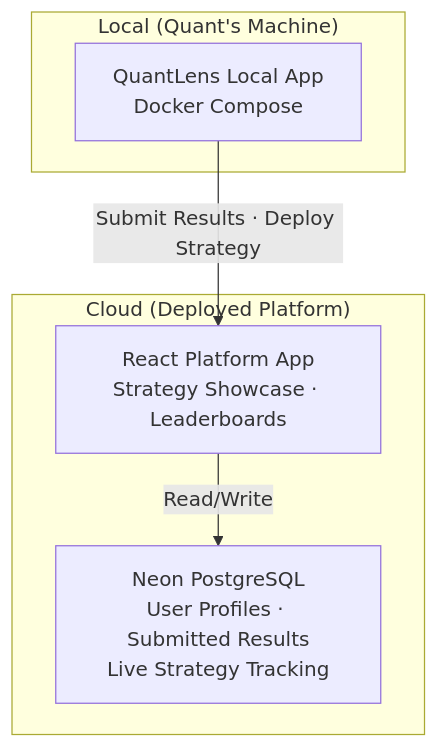
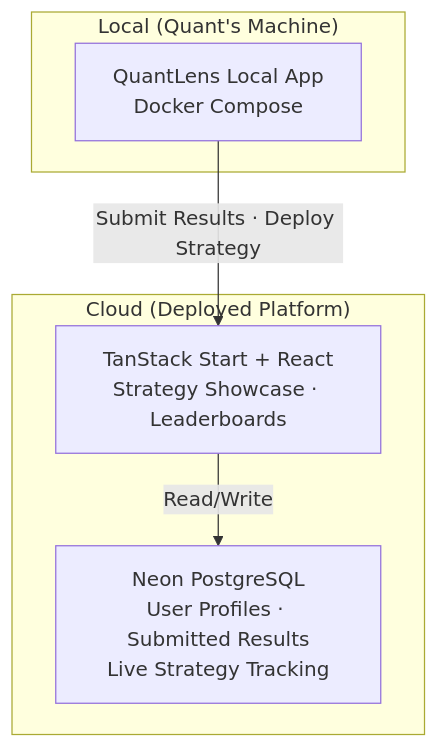
Before and after one commit to huydhoang/quantlens-docs: the ninth of 9 diagrams in system_design.md, drawn with Mermaid. The commit also changed other lines of this file and 2 other files, not shown here.

Commit message:
Convert ASCII diagram to Mermaid in local_frontend.md; restore TanStack Start + React as platform app frontend in README.md and system_design.md

````diff
--- a/system_design.md
+++ b/system_design.md
@@ -375,14 +375,14 @@
 ```mermaid
 graph TB
     subgraph "Cloud (Deployed Platform)"
-        PA[React Platform App<br/>Strategy Showcase · Leaderboards]
+        PA[TanStack Start + React<br/>Strategy Showcase · Leaderboards]
         NeonDB[Neon PostgreSQL<br/>User Profiles · Submitted Results<br/>Live Strategy Tracking]
     end
 
     subgraph "Local (Quant's Machine)"
         LA[QuantLens Local App<br/>Docker Compose]
     end
 
     LA -->|Submit Results · Deploy Strategy| PA
     PA -->|Read/Write| NeonDB
 ```
````
